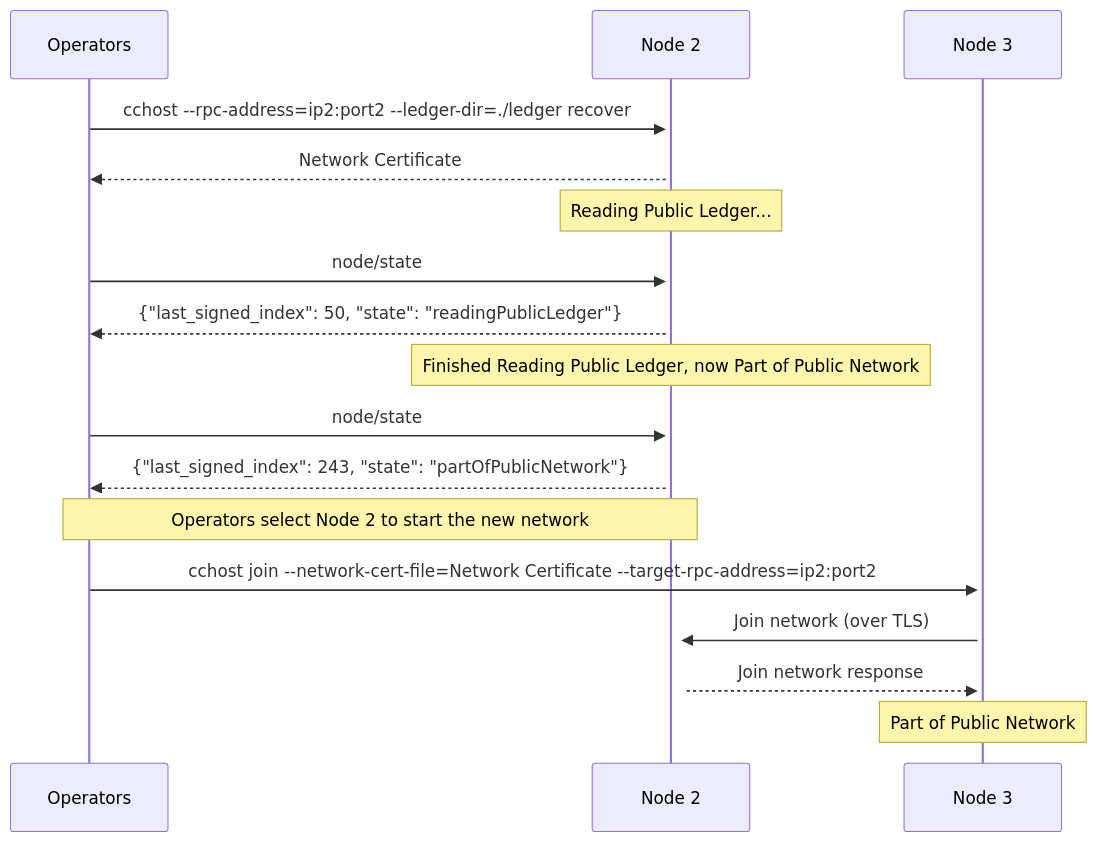
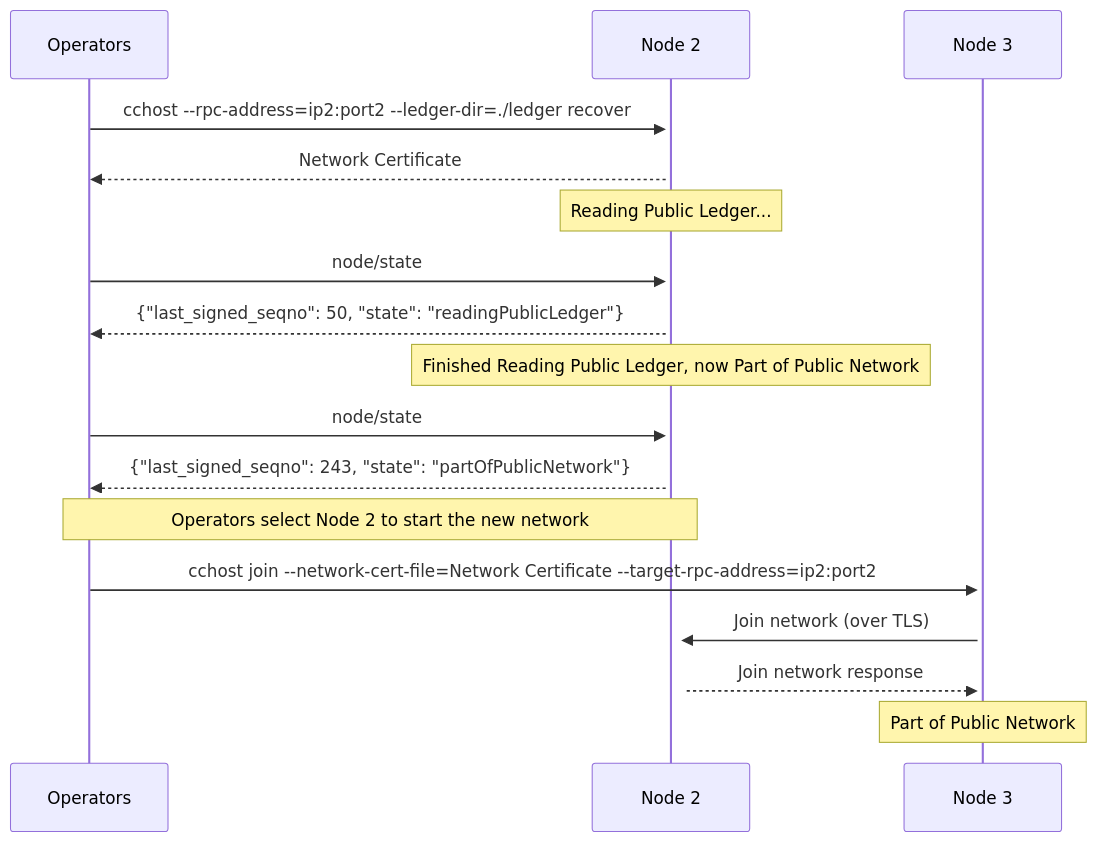
One commit to microsoft/CCF changed the diagram in doc/operators/recovery.rst. Above: the diagram before and after it, drawn with Mermaid. The commit also changed 5 other files, not shown here.

```diff
--- a/doc/operators/recovery.rst
+++ b/doc/operators/recovery.rst
@@ -40,24 +40,24 @@
 .. mermaid::
 
     sequenceDiagram
         participant Operators
         participant Node 2
         participant Node 3
 
         Operators->>+Node 2: cchost --rpc-address=ip2:port2 --ledger-dir=./ledger recover
         Node 2-->>Operators: Network Certificate
         Note over Node 2: Reading Public Ledger...
 
         Operators->>+Node 2: node/state
-        Node 2-->>Operators: {"last_signed_index": 50, "state": "readingPublicLedger"}
+        Node 2-->>Operators: {"last_signed_seqno": 50, "state": "readingPublicLedger"}
         Note over Node 2: Finished Reading Public Ledger, now Part of Public Network
         Operators->>Node 2: node/state
-        Node 2-->>Operators: {"last_signed_index": 243, "state": "partOfPublicNetwork"}
+        Node 2-->>Operators: {"last_signed_seqno": 243, "state": "partOfPublicNetwork"}
 
         Note over Operators, Node 2: Operators select Node 2 to start the new network
 
         Operators->>+Node 3: cchost join --network-cert-file=Network Certificate --target-rpc-address=ip2:port2
         Node 3->>+Node 2: Join network (over TLS)
         Node 2-->>Node 3: Join network response
 
         Note over Node 3: Part of Public Network
```
